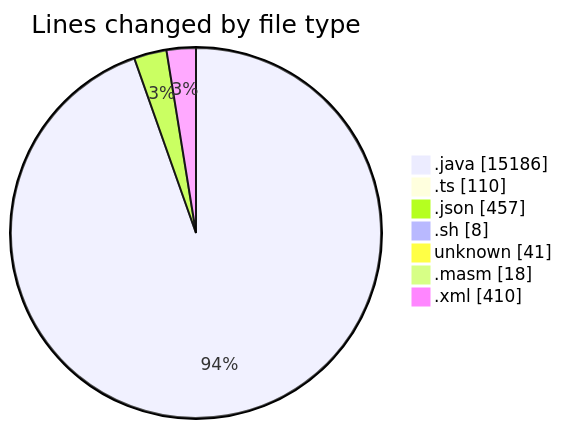
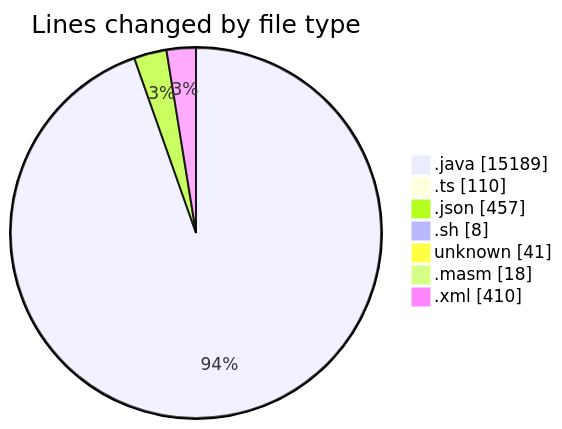
Before and after one commit to charlie-sans/code-tracking: the first of 2 diagrams in 2025-02-20/micros/README.md, drawn with Mermaid. The commit also changed other lines of this file and 1 other file, not shown here.

````diff
--- a/2025-02-20/micros/README.md
+++ b/2025-02-20/micros/README.md
@@ -69,11 +69,11 @@
 ```mermaid
 pie showData
 title Lines changed by file type
-".java" : 15186
+".java" : 15189
 ".ts" : 110
 ".json" : 457
 ".sh" : 8
 "unknown" : 41
 ".masm" : 18
 ".xml" : 410
 ```
````
